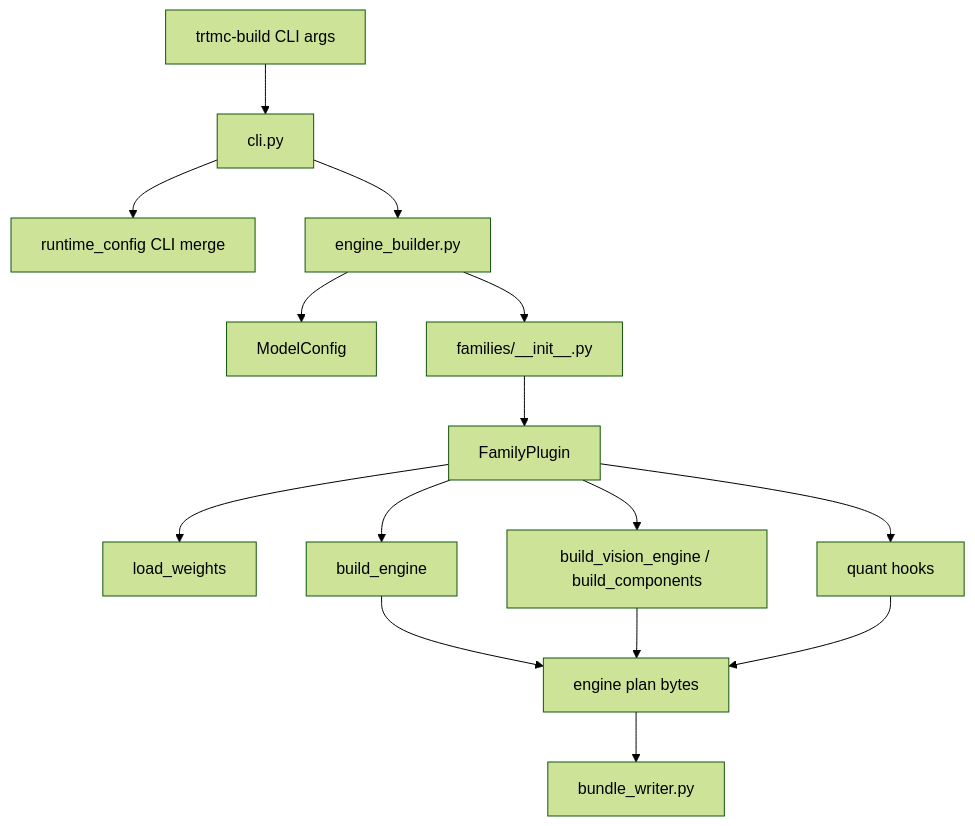
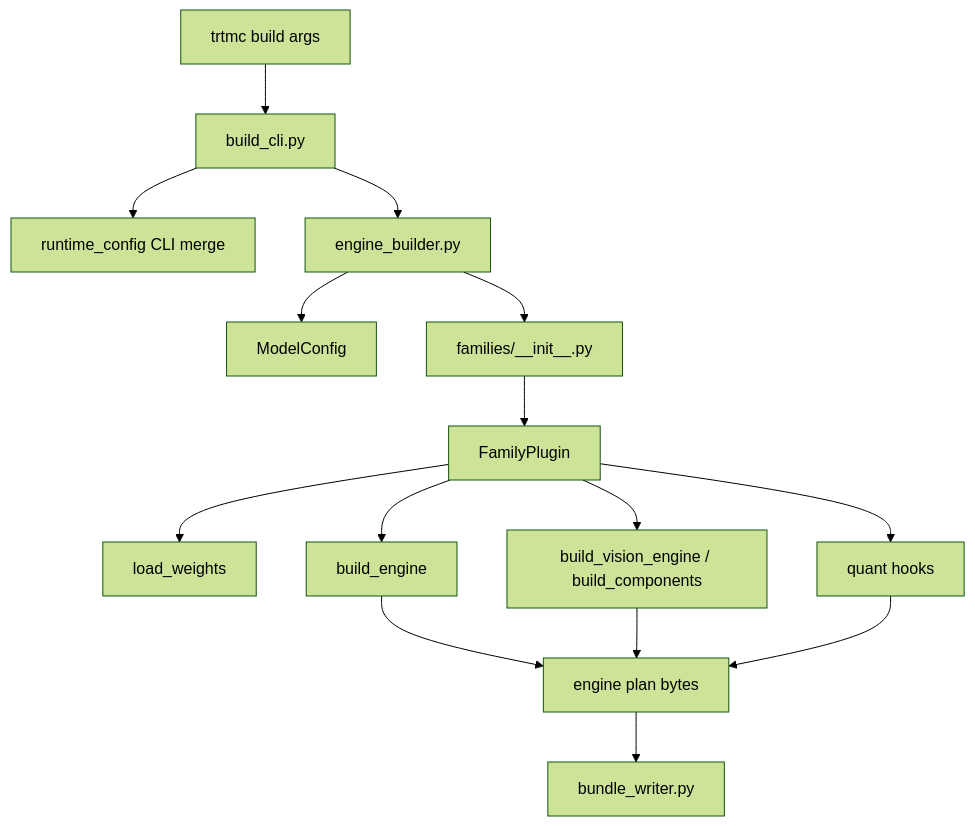
One commit to AbishekCoder1/TensorRT-Model-Connect changed the first of 3 diagrams in website/docs/unit-design/python-builder.md. Above: the diagram before and after it, drawn with Mermaid (forest theme). The commit also changed other lines of this file and 200 other files, not shown here.

First line of the commit message:
feat(cli): package unified trtmc command (#97)

````diff
--- a/website/docs/unit-design/python-builder.md
+++ b/website/docs/unit-design/python-builder.md
@@ -7,17 +7,17 @@
 ```mermaid
 flowchart TD
-  Args["trtmc-build CLI args"] --> CLI["cli.py"]
+  Args["trtmc build args"] --> CLI["build_cli.py"]
   CLI --> ConfigLayer["runtime_config CLI merge"]
   CLI --> EngineBuilder["engine_builder.py"]
   EngineBuilder --> ModelConfig["ModelConfig"]
   EngineBuilder --> FamilyLookup["families/__init__.py"]
   FamilyLookup --> Family["FamilyPlugin"]
   Family --> Weights["load_weights"]
   Family --> BuildMain["build_engine"]
   Family --> BuildOptional["build_vision_engine / build_components"]
   Family --> QuantHooks["quant hooks"]
   BuildMain --> Plans["engine plan bytes"]
   BuildOptional --> Plans
   QuantHooks --> Plans
   Plans --> Bundle["bundle_writer.py"]
 ```
````
